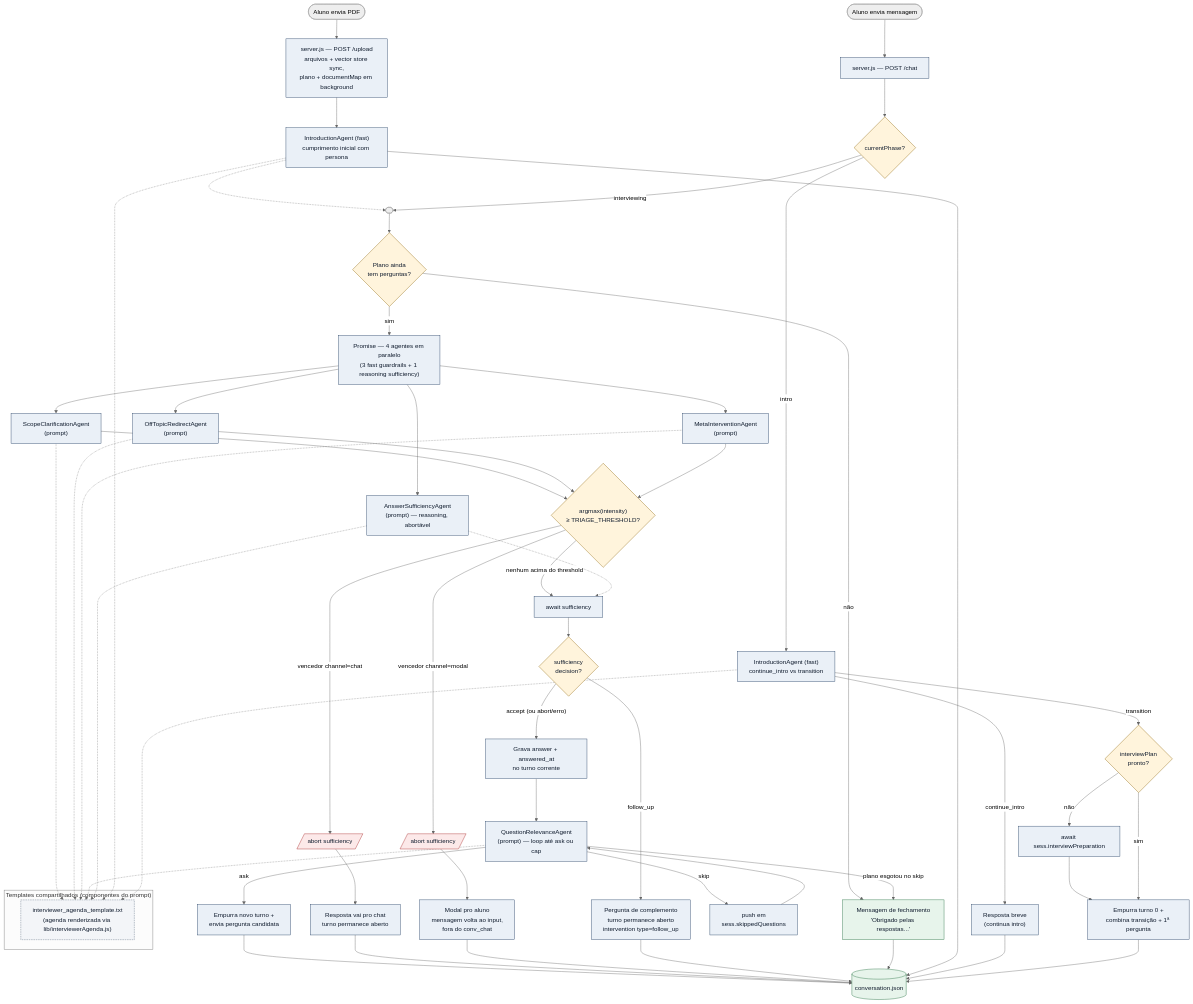
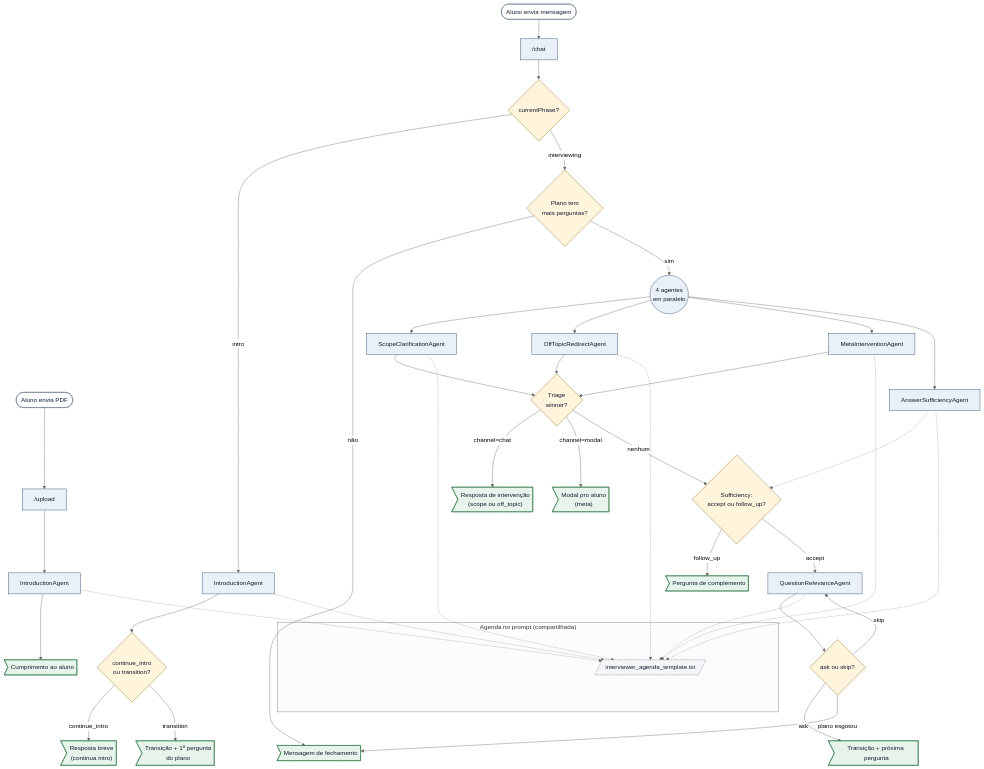
One commit to gladsjr/super-ta changed the diagram in docs/architecture.md. Above: the diagram before and after it, drawn with Mermaid (neutral theme). The commit also changed other lines of this file and 3 other files, not shown here.

````diff
--- a/docs/architecture.md
+++ b/docs/architecture.md
@@ -12,104 +12,88 @@
 ```mermaid
 flowchart TD
-  Upload(["Aluno envia PDF"]) --> UploadHandler["server.js — POST /upload<br/>arquivos + vector store sync,<br/>plano + documentMap em background"]
-  UploadHandler --> IntroGreeting["IntroductionAgent (fast)<br/>cumprimento inicial com persona"]
-  IntroGreeting -.-> StartChat
-  Start([Aluno envia mensagem]) --> ChatHandler["server.js — POST /chat"]
+  %% UPLOAD: PDF do aluno entra; o agente abre socialmente.
+  Upload([Aluno envia PDF]) --> UploadHandler["/upload"]
+  UploadHandler --> IntroAgent1["IntroductionAgent"]
+  IntroAgent1 --> OutGreeting>"Cumprimento ao aluno"]
+
+  %% CHAT: dispara o ciclo principal a cada mensagem do aluno.
+  Start([Aluno envia mensagem]) --> ChatHandler["/chat"]
   ChatHandler --> PhaseGate{"currentPhase?"}
-  PhaseGate -- "intro" --> IntroLoop["IntroductionAgent (fast)<br/>continue_intro vs transition"]
-  IntroLoop -- "continue_intro" --> StallReply["Resposta breve<br/>(continua intro)"]
-  IntroLoop -- "transition" --> AwaitPlan{"interviewPlan<br/>pronto?"}
-  AwaitPlan -- "não" --> AwaitPrep["await sess.interviewPreparation"]
-  AwaitPrep --> StartTurn0
-  AwaitPlan -- "sim" --> StartTurn0["Empurra turno 0 +<br/>combina transição + 1ª pergunta"]
-  PhaseGate -- "interviewing" --> StartChat([" "])
-  StartChat --> CheckPlan{"Plano ainda<br/>tem perguntas?"}
-  CheckPlan -- "não" --> Wrap["Mensagem de fechamento<br/>'Obrigado pelas respostas...'"]
-  CheckPlan -- "sim" --> Parallel["Promise — 4 agentes em paralelo<br/>(3 fast guardrails + 1 reasoning sufficiency)"]
 
-  Parallel --> Scope["ScopeClarificationAgent<br/>(prompt)"]
-  Parallel --> OffTopic["OffTopicRedirectAgent<br/>(prompt)"]
-  Parallel --> Meta["MetaInterventionAgent<br/>(prompt)"]
-  Parallel --> Sufficiency["AnswerSufficiencyAgent<br/>(prompt) — reasoning, abortável"]
+  %% INTRO PHASE
+  PhaseGate -- "intro" --> IntroAgent2["IntroductionAgent"]
+  IntroAgent2 --> IntroDecision{"continue_intro<br/>ou transition?"}
+  IntroDecision -- "continue_intro" --> OutContinue>"Resposta breve<br/>(continua intro)"]
+  IntroDecision -- "transition" --> OutFirstQ>"Transição + 1ª pergunta<br/>do plano"]
 
-  Scope --> Pick{"argmax(intensity)<br/>≥ TRIAGE_THRESHOLD?"}
+  %% INTERVIEWING PHASE
+  PhaseGate -- "interviewing" --> CheckPlan{"Plano tem<br/>mais perguntas?"}
+  CheckPlan -- "não" --> OutWrap>"Mensagem de fechamento"]
+  CheckPlan -- "sim" --> Parallel(("4 agentes<br/>em paralelo"))
+
+  Parallel --> Scope["ScopeClarificationAgent"]
+  Parallel --> OffTopic["OffTopicRedirectAgent"]
+  Parallel --> Meta["MetaInterventionAgent"]
+  Parallel --> Sufficiency["AnswerSufficiencyAgent"]
+
+  Scope --> Pick{"Triage<br/>winner?"}
   OffTopic --> Pick
   Meta --> Pick
 
-  Pick -- "vencedor channel=chat" --> AbortSuf1[/"abort sufficiency"/]
-  Pick -- "vencedor channel=modal" --> AbortSuf2[/"abort sufficiency"/]
-  AbortSuf1 --> ChatChannel["Resposta vai pro chat<br/>turno permanece aberto"]
-  AbortSuf2 --> ModalChannel["Modal pro aluno<br/>mensagem volta ao input,<br/>fora do conv_chat"]
+  Pick -- "channel=chat" --> OutTriageChat>"Resposta de intervenção<br/>(scope ou off_topic)"]
+  Pick -- "channel=modal" --> OutTriageModal>"Modal pro aluno<br/>(meta)"]
+  Pick -- "nenhum" --> SufDecision{"Sufficiency:<br/>accept ou follow_up?"}
+  Sufficiency -.-> SufDecision
 
-  Pick -- "nenhum acima do threshold" --> AwaitSuf["await sufficiency"]
-  Sufficiency -.-> AwaitSuf
-  AwaitSuf --> SufDecision{"sufficiency<br/>decision?"}
+  SufDecision -- "follow_up" --> OutFollowUp>"Pergunta de complemento"]
+  SufDecision -- "accept" --> Relevance["QuestionRelevanceAgent"]
 
-  SufDecision -- "follow_up" --> FollowUp["Pergunta de complemento<br/>turno permanece aberto<br/>intervention type=follow_up"]
-  SufDecision -- "accept (ou abort/erro)" --> RecordAnswer["Grava answer + answered_at<br/>no turno corrente"]
+  Relevance --> RelDecision{"ask ou skip?"}
+  RelDecision -- "skip" --> Relevance
+  RelDecision -- "ask" --> OutNext>"Transição + próxima pergunta"]
+  RelDecision -- "plano esgotou" --> OutWrap
 
-  RecordAnswer --> Relevance["QuestionRelevanceAgent<br/>(prompt) — loop até ask ou cap"]
-  Relevance -- "skip" --> SkipLog["push em<br/>sess.skippedQuestions"]
-  SkipLog --> Relevance
-  Relevance -- "ask" --> NextQ["Empurra novo turno +<br/>envia pergunta candidata"]
-  Relevance -- "plano esgotou no skip" --> Wrap
-
-  NextQ --> Persist[("conversation.json")]
-  ChatChannel --> Persist
-  ModalChannel --> Persist
-  FollowUp --> Persist
-  Wrap --> Persist
-  IntroGreeting --> Persist
-  StallReply --> Persist
-  StartTurn0 --> Persist
-
-  subgraph templates ["Templates compartilhados (componentes do prompt)"]
-    AgendaTpl["interviewer_agenda_template.txt<br/>(agenda renderizada via lib/interviewerAgenda.js)"]
+  %% Templates compartilhados — entram via composição no prompt de vários agentes.
+  subgraph templates ["Agenda no prompt (compartilhada)"]
+    AgendaTpl[/"interviewer_agenda_template.txt"/]
   end
-
+  IntroAgent1 -.-> AgendaTpl
+  IntroAgent2 -.-> AgendaTpl
   Scope -.-> AgendaTpl
   OffTopic -.-> AgendaTpl
   Meta -.-> AgendaTpl
+  Sufficiency -.-> AgendaTpl
   Relevance -.-> AgendaTpl
-  Sufficiency -.-> AgendaTpl
-  IntroGreeting -.-> AgendaTpl
-  IntroLoop -.-> AgendaTpl
 
-  classDef link fill:#eaf0f7,stroke:#1e3a5f,color:#0f1b2d;
-  classDef sink fill:#e7f4eb,stroke:#1f6c3b,color:#0f1b2d;
-  classDef gate fill:#fff4dc,stroke:#8a6100,color:#0f1b2d;
-  classDef tpl  fill:#f3f5f8,stroke:#5a6b80,color:#0f1b2d,stroke-dasharray: 4 2;
-  classDef abort fill:#fce9e9,stroke:#a42020,color:#0f1b2d;
-  class ChatHandler,UploadHandler,IntroGreeting,IntroLoop,StallReply,StartTurn0,AwaitPrep,Scope,OffTopic,Meta,Sufficiency,Relevance,RecordAnswer,NextQ,SkipLog,ChatChannel,ModalChannel,FollowUp,Parallel,AwaitSuf link
-  class Persist,Wrap sink
-  class CheckPlan,Pick,SufDecision,PhaseGate,AwaitPlan gate
+  classDef agent fill:#eaf0f7,stroke:#1e3a5f,color:#0f1b2d;
+  classDef gate  fill:#fff4dc,stroke:#8a6100,color:#0f1b2d;
+  classDef out   fill:#e7f4eb,stroke:#1f6c3b,color:#0f1b2d;
+  classDef entry fill:#ffffff,stroke:#5a6b80,color:#0f1b2d;
+  classDef tpl   fill:#f3f5f8,stroke:#5a6b80,color:#0f1b2d,stroke-dasharray: 4 2;
+
+  class UploadHandler,ChatHandler,IntroAgent1,IntroAgent2,Scope,OffTopic,Meta,Sufficiency,Relevance,Parallel agent
+  class PhaseGate,IntroDecision,CheckPlan,Pick,SufDecision,RelDecision gate
+  class OutGreeting,OutContinue,OutFirstQ,OutWrap,OutTriageChat,OutTriageModal,OutFollowUp,OutNext out
+  class Upload,Start entry
   class AgendaTpl tpl
-  class AbortSuf1,AbortSuf2 abort
 
   click UploadHandler "vscode://file/c:/Users/glads/src/super-ta/server.js:864" "Abre o handler /upload"
-  click IntroGreeting "vscode://file/c:/Users/glads/src/super-ta/agents/IntroductionAgent.js:30" "Abre o systemPrompt do IntroductionAgent (cumprimento)"
-  click IntroLoop "vscode://file/c:/Users/glads/src/super-ta/server.js:1044" "Abre o gate de intro phase no /chat"
-  click PhaseGate "vscode://file/c:/Users/glads/src/super-ta/server.js:1044" "Abre a checagem de currentPhase"
-  click StallReply "vscode://file/c:/Users/glads/src/super-ta/server.js:1081" "Abre o ramo continue_intro"
-  click AwaitPrep "vscode://file/c:/Users/glads/src/super-ta/server.js:1101" "Abre o await da preparação em background"
-  click StartTurn0 "vscode://file/c:/Users/glads/src/super-ta/server.js:1120" "Abre a transição: turno 0 + combinação de mensagens"
   click ChatHandler "vscode://file/c:/Users/glads/src/super-ta/server.js:1014" "Abre o handler /chat"
-  click Parallel "vscode://file/c:/Users/glads/src/super-ta/server.js:1158" "Abre o bloco de lançamento dos 4 agentes em paralelo"
+  click PhaseGate "vscode://file/c:/Users/glads/src/super-ta/server.js:1044" "Abre o gate de currentPhase"
+  click IntroAgent1 "vscode://file/c:/Users/glads/src/super-ta/agents/IntroductionAgent.js:30" "Abre o systemPrompt do IntroductionAgent"
+  click IntroAgent2 "vscode://file/c:/Users/glads/src/super-ta/agents/IntroductionAgent.js:30" "Abre o systemPrompt do IntroductionAgent"
+  click IntroDecision "vscode://file/c:/Users/glads/src/super-ta/server.js:1081" "Abre o ramo continue_intro vs transition"
+  click Parallel "vscode://file/c:/Users/glads/src/super-ta/server.js:1163" "Abre o lançamento dos 4 agentes em paralelo"
   click Scope "vscode://file/c:/Users/glads/src/super-ta/agents/ScopeClarificationAgent.js:23" "Abre o systemPrompt do ScopeClarificationAgent"
   click OffTopic "vscode://file/c:/Users/glads/src/super-ta/agents/OffTopicRedirectAgent.js:20" "Abre o systemPrompt do OffTopicRedirectAgent"
   click Meta "vscode://file/c:/Users/glads/src/super-ta/agents/MetaInterventionAgent.js:24" "Abre o systemPrompt do MetaInterventionAgent"
   click Sufficiency "vscode://file/c:/Users/glads/src/super-ta/agents/AnswerSufficiencyAgent.js:33" "Abre o systemPrompt do AnswerSufficiencyAgent"
   click Pick "vscode://file/c:/Users/glads/src/super-ta/server.js:273" "Abre pickTriageWinner"
-  click AbortSuf1 "vscode://file/c:/Users/glads/src/super-ta/server.js:1205" "Abre o abort do sufficiency em winner=chat"
-  click AbortSuf2 "vscode://file/c:/Users/glads/src/super-ta/server.js:1205" "Abre o abort do sufficiency em winner=modal"
-  click AwaitSuf "vscode://file/c:/Users/glads/src/super-ta/server.js:1273" "Abre o await do sufficiency quando triagem não vence"
-  click SufDecision "vscode://file/c:/Users/glads/src/super-ta/server.js:1274" "Abre a decisão accept/follow_up"
-  click FollowUp "vscode://file/c:/Users/glads/src/super-ta/server.js:1274" "Abre o ramo de follow_up"
-  click RecordAnswer "vscode://file/c:/Users/glads/src/super-ta/server.js:1327" "Abre a gravação da answer no turno"
+  click SufDecision "vscode://file/c:/Users/glads/src/super-ta/server.js:1278" "Abre a decisão accept/follow_up"
   click Relevance "vscode://file/c:/Users/glads/src/super-ta/agents/QuestionRelevanceAgent.js:23" "Abre o systemPrompt do QuestionRelevanceAgent"
-  click SkipLog "vscode://file/c:/Users/glads/src/super-ta/server.js:1344" "Abre o skip-loop no /chat"
-  click NextQ "vscode://file/c:/Users/glads/src/super-ta/server.js:187" "Abre turnFromPlanQuestion"
-  click Persist "vscode://file/c:/Users/glads/src/super-ta/lib/conversationLog.js" "Abre conversationLog.js"
-  click Wrap "vscode://file/c:/Users/glads/src/super-ta/server.js:1392" "Abre a string da mensagem de fechamento"
+  click RelDecision "vscode://file/c:/Users/glads/src/super-ta/server.js:1357" "Abre o skip-loop de relevância"
+  click OutFirstQ "vscode://file/c:/Users/glads/src/super-ta/server.js:1120" "Abre a montagem da transição + 1ª pergunta"
+  click OutNext "vscode://file/c:/Users/glads/src/super-ta/server.js:1399" "Abre a montagem da transição + próxima pergunta"
+  click OutWrap "vscode://file/c:/Users/glads/src/super-ta/server.js:1406" "Abre a string da mensagem de fechamento"
   click AgendaTpl "vscode://file/c:/Users/glads/src/super-ta/config/interviewer_agenda_template.txt" "Abre o template da agenda do entrevistador"
 ```
````
